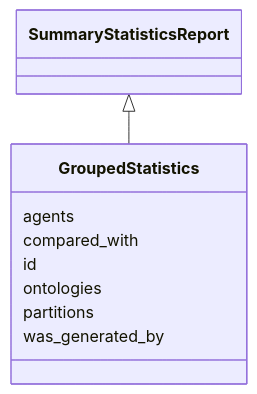
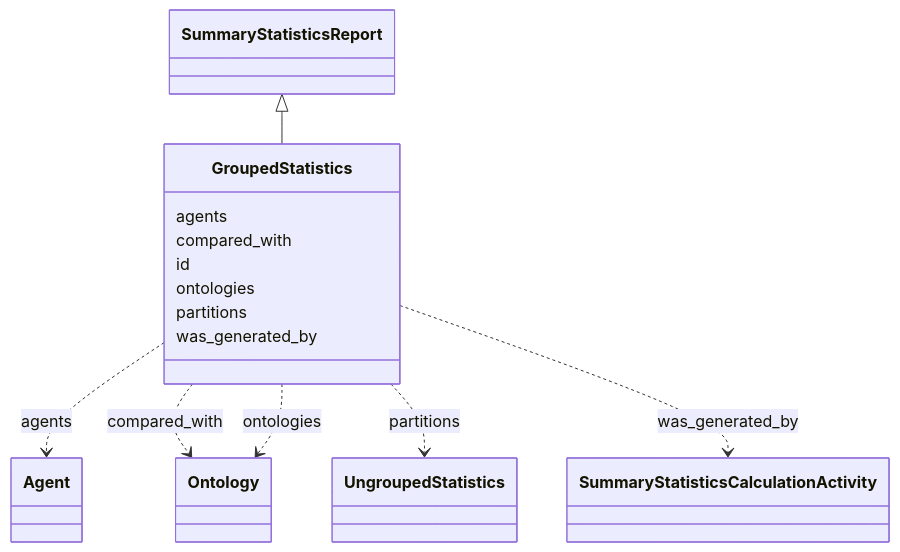
Before and after one commit to INCATools/ontology-access-kit: the diagram in summary-statistics/GroupedStatistics.md, drawn with Mermaid. The commit also changed other lines of this file and 1783 other files, not shown here.

````diff
--- a/summary-statistics/GroupedStatistics.md
+++ b/summary-statistics/GroupedStatistics.md
@@ -11,13 +11,29 @@
 ```{mermaid}
  classDiagram
     class GroupedStatistics
       SummaryStatisticsReport <|-- GroupedStatistics
       
       GroupedStatistics : agents
+        
+          GroupedStatistics ..> Agent : agents
+        
       GroupedStatistics : compared_with
+        
+          GroupedStatistics ..> Ontology : compared_with
+        
       GroupedStatistics : id
+        
       GroupedStatistics : ontologies
+        
+          GroupedStatistics ..> Ontology : ontologies
+        
       GroupedStatistics : partitions
+        
+          GroupedStatistics ..> UngroupedStatistics : partitions
+        
       GroupedStatistics : was_generated_by
+        
+          GroupedStatistics ..> SummaryStatisticsCalculationActivity : was_generated_by
+        
       
 ```
````
